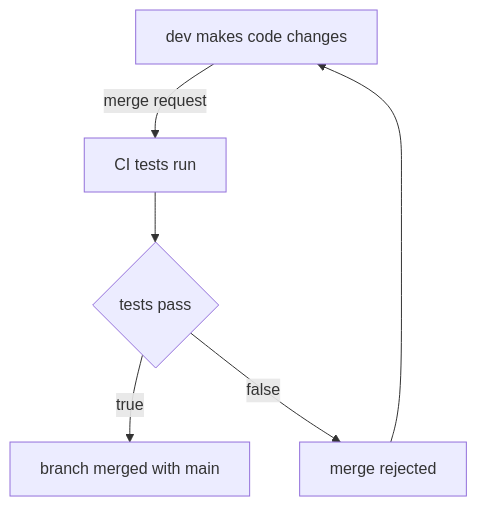
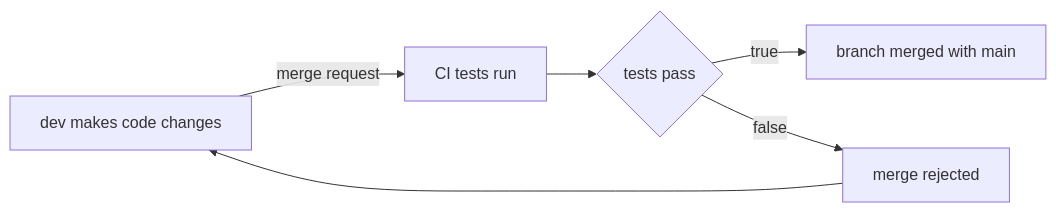
The diagram in understanding_modern_software_dev.md (cmadajski/assorted_writings), drawn with Mermaid before and after one commit.

Commit message:
change mermaid graph for CI from TD to LR

````diff
--- a/understanding_modern_software_dev.md
+++ b/understanding_modern_software_dev.md
@@ -23,8 +23,8 @@
 ```mermaid
-graph TD;
+graph LR;
 A[dev makes code changes] -->|merge request| B[CI tests run]
 B --> C{tests pass}
 C -->|true| D[branch merged with main]
 C -->|false| E[merge rejected]
 E --> A
 ```
````
